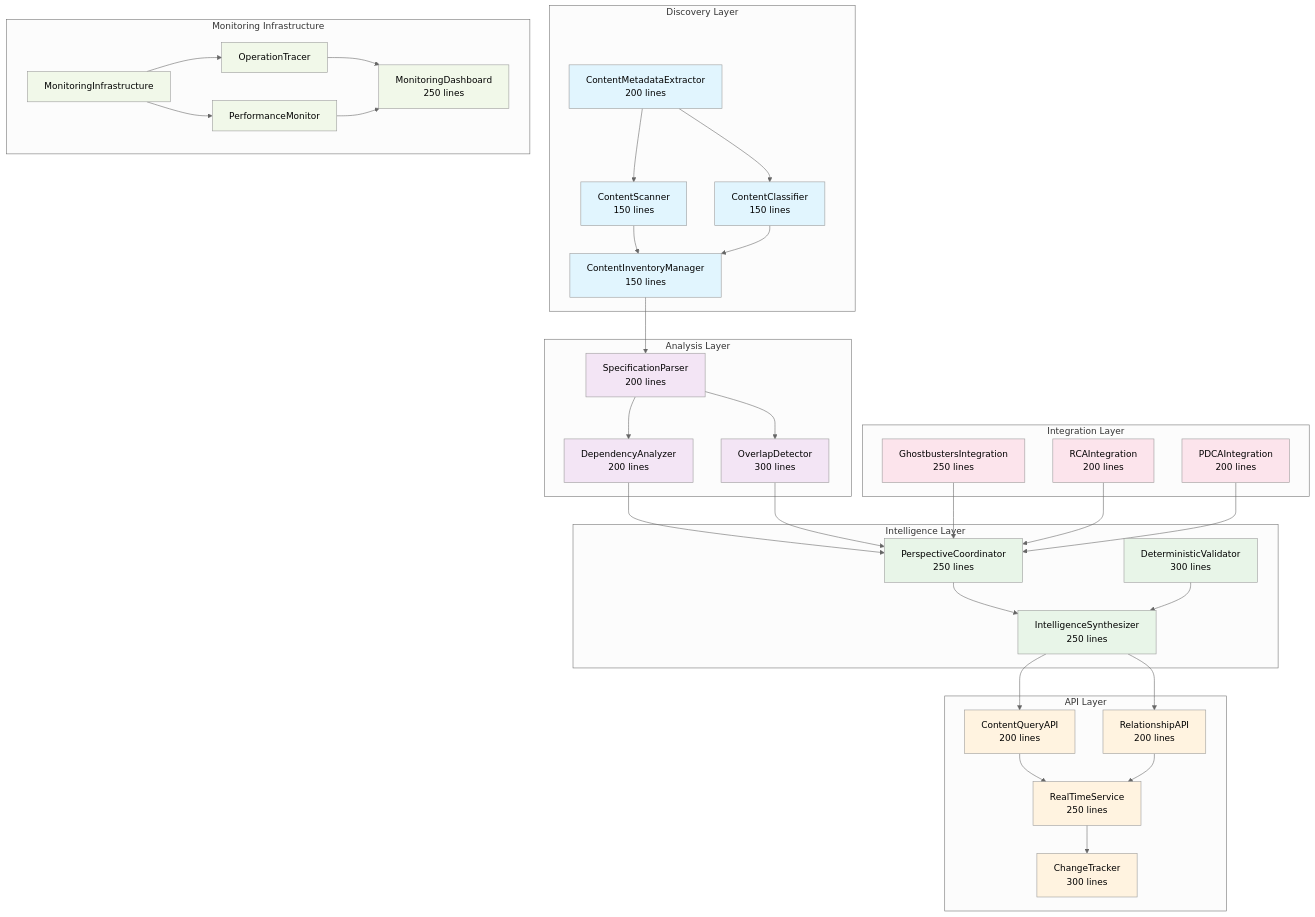
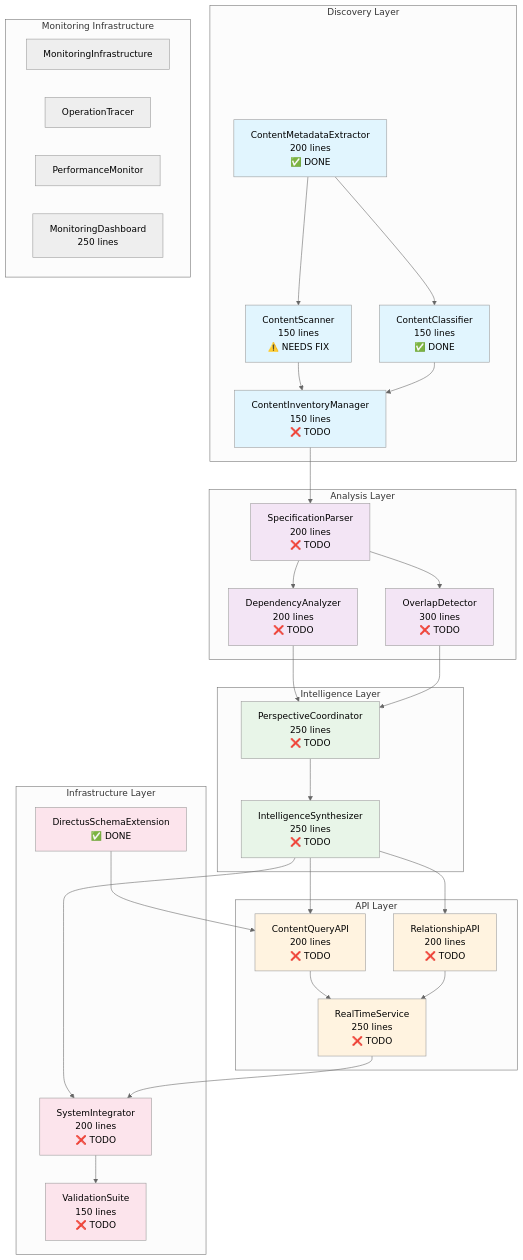
One commit to nkllon/kiro-ai-development-hackathon changed the first of 2 diagrams in .kiro/specs/repository-content-discovery-indexing/design.md. Above: the diagram before and after it, drawn with Mermaid (neutral theme). The commit also changed other lines of this file and 52 other files, not shown here.

````diff
--- a/.kiro/specs/repository-content-discovery-indexing/design.md
+++ b/.kiro/specs/repository-content-discovery-indexing/design.md
@@ -19,35 +25,33 @@
 ```mermaid
 graph TB
     subgraph "Discovery Layer"
-        CS[ContentScanner<br/>150 lines]
-        CC[ContentClassifier<br/>150 lines]
-        CIM[ContentInventoryManager<br/>150 lines]
-        CMD[ContentMetadataExtractor<br/>200 lines]
+        CS[ContentScanner<br/>150 lines<br/>⚠️ NEEDS FIX]
+        CC[ContentClassifier<br/>150 lines<br/>✅ DONE]
+        CIM[ContentInventoryManager<br/>150 lines<br/>❌ TODO]
+        CMD[ContentMetadataExtractor<br/>200 lines<br/>✅ DONE]
     end
     
     subgraph "Analysis Layer"
-        SP[SpecificationParser<br/>200 lines]
-        DA[DependencyAnalyzer<br/>200 lines]
-        OD[OverlapDetector<br/>300 lines]
+        SP[SpecificationParser<br/>200 lines<br/>❌ TODO]
+        DA[DependencyAnalyzer<br/>200 lines<br/>❌ TODO]
+        OD[OverlapDetector<br/>300 lines<br/>❌ TODO]
     end
     
     subgraph "Intelligence Layer"
-        PC[PerspectiveCoordinator<br/>250 lines]
-        IS[IntelligenceSynthesizer<br/>250 lines]
-        DV[DeterministicValidator<br/>300 lines]
+        PC[PerspectiveCoordinator<br/>250 lines<br/>❌ TODO]
+        IS[IntelligenceSynthesizer<br/>250 lines<br/>❌ TODO]
     end
     
     subgraph "API Layer"
-        CQA[ContentQueryAPI<br/>200 lines]
-        RA[RelationshipAPI<br/>200 lines]
-        RTS[RealTimeService<br/>250 lines]
-        CT[ChangeTracker<br/>300 lines]
+        CQA[ContentQueryAPI<br/>200 lines<br/>❌ TODO]
+        RA[RelationshipAPI<br/>200 lines<br/>❌ TODO]
+        RTS[RealTimeService<br/>250 lines<br/>❌ TODO]
     end
     
-    subgraph "Integration Layer"
-        GI[GhostbustersIntegration<br/>250 lines]
-        RI[RCAIntegration<br/>200 lines]
-        PI[PDCAIntegration<br/>200 lines]
+    subgraph "Infrastructure Layer"
+        DSE[DirectusSchemaExtension<br/>✅ DONE]
+        SI[SystemIntegrator<br/>200 lines<br/>❌ TODO]
+        VS[ValidationSuite<br/>150 lines<br/>❌ TODO]
     end
     
     subgraph "Monitoring Infrastructure"
@@ -57,46 +61,52 @@
         MD[MonitoringDashboard<br/>250 lines]
     end
     
+    %% Foundation Dependencies (Completed)
+    CMD --> CC
+    CMD --> CS
+    DSE --> CQA
+    
+    %% Infrastructure Dependencies
     CS --> CIM
     CC --> CIM
-    CMD --> CS
-    CMD --> CC
     
+    %% Analysis Dependencies
     CIM --> SP
     SP --> DA
     SP --> OD
     
+    %% Intelligence Dependencies
     DA --> PC
     OD --> PC
-    GI --> PC
-    RI --> PC
-    PI --> PC
     
+    %% API Dependencies
     PC --> IS
-    DV --> IS
-    
     IS --> CQA
     IS --> RA
     CQA --> RTS
     RA --> RTS
-    RTS --> CT
     
-    MI --> OT
-    MI --> PM
-    OT --> MD
-    PM --> MD
+    %% Integration Dependencies
+    IS --> SI
+    RTS --> SI
+    SI --> VS
     
+    classDef completed fill:#90EE90
+    classDef needsFix fill:#FFB6C1
+    classDef todo fill:#F0E68C
     classDef discovery fill:#e1f5fe
     classDef analysis fill:#f3e5f5
     classDef intelligence fill:#e8f5e8
     classDef api fill:#fff3e0
-    classDef integration fill:#fce4ec
-    classDef monitoring fill:#f1f8e9
+    classDef infrastructure fill:#fce4ec
+    
+    class CC,CMD,DSE completed
+    class CS needsFix
+    class CIM,SP,DA,OD,PC,IS,CQA,RA,RTS,SI,VS todo
     
     class CS,CC,CIM,CMD discovery
     class SP,DA,OD analysis
-    class PC,IS,DV intelligence
-    class CQA,RA,RTS,CT api
-    class GI,RI,PI integration
-    class MI,OT,PM,MD monitoring
+    class PC,IS intelligence
+    class CQA,RA,RTS api
+    class DSE,SI,VS infrastructure
 ```
````
